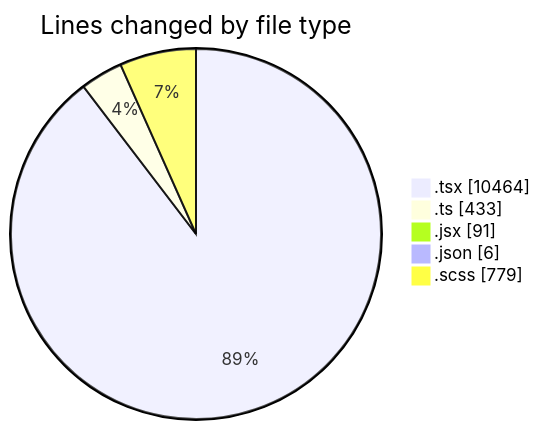
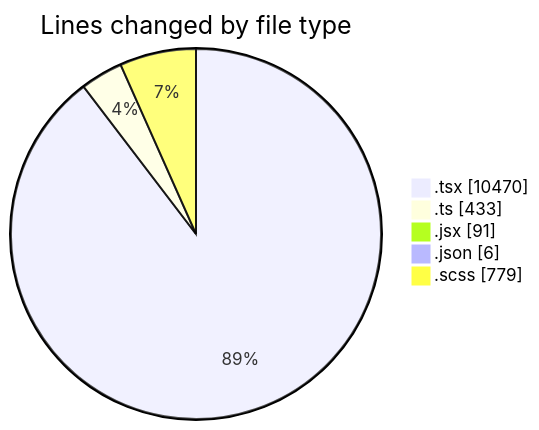
Before and after one commit to momahboobian/code-tracking: the first of 2 diagrams in 2026-04-27/cda/README.md, drawn with Mermaid. The commit also changed other lines of this file and 1 other file, not shown here.

````diff
--- a/2026-04-27/cda/README.md
+++ b/2026-04-27/cda/README.md
@@ -56,9 +56,9 @@
 ```mermaid
 pie showData
 title Lines changed by file type
-".tsx" : 10464
+".tsx" : 10470
 ".ts" : 433
 ".jsx" : 91
 ".json" : 6
 ".scss" : 779
 ```
````
